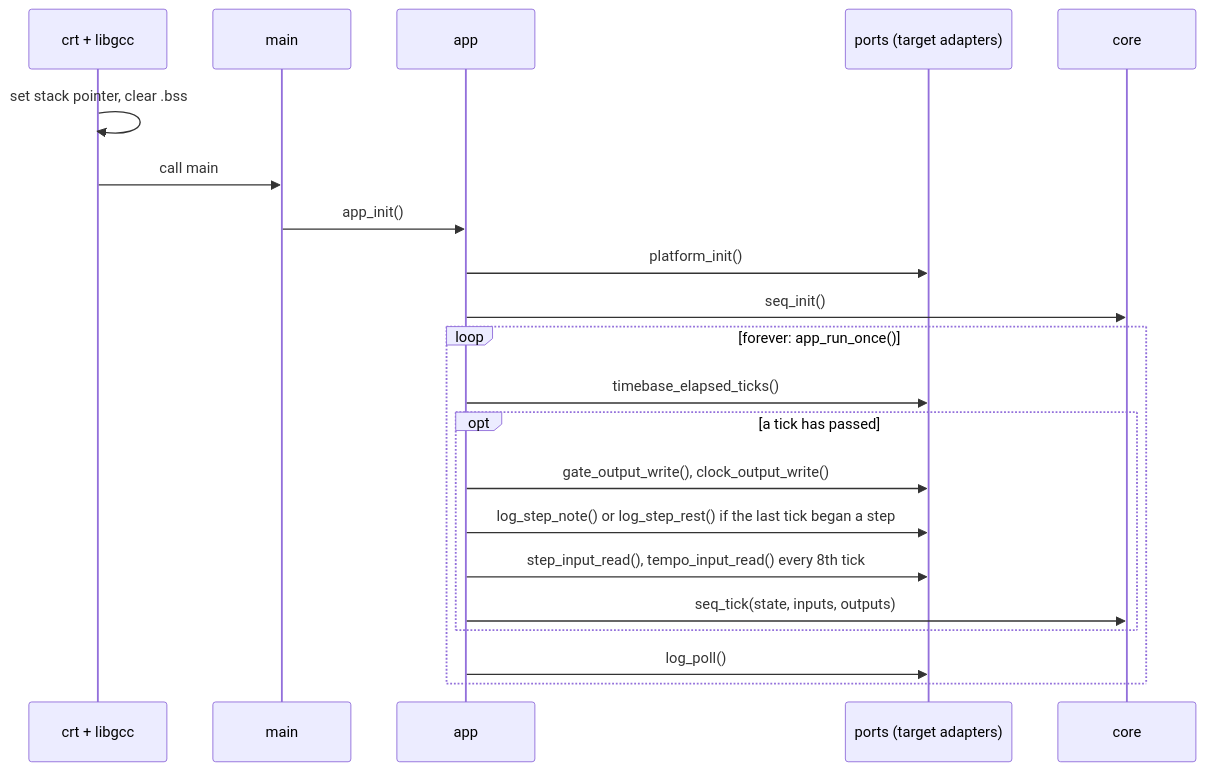
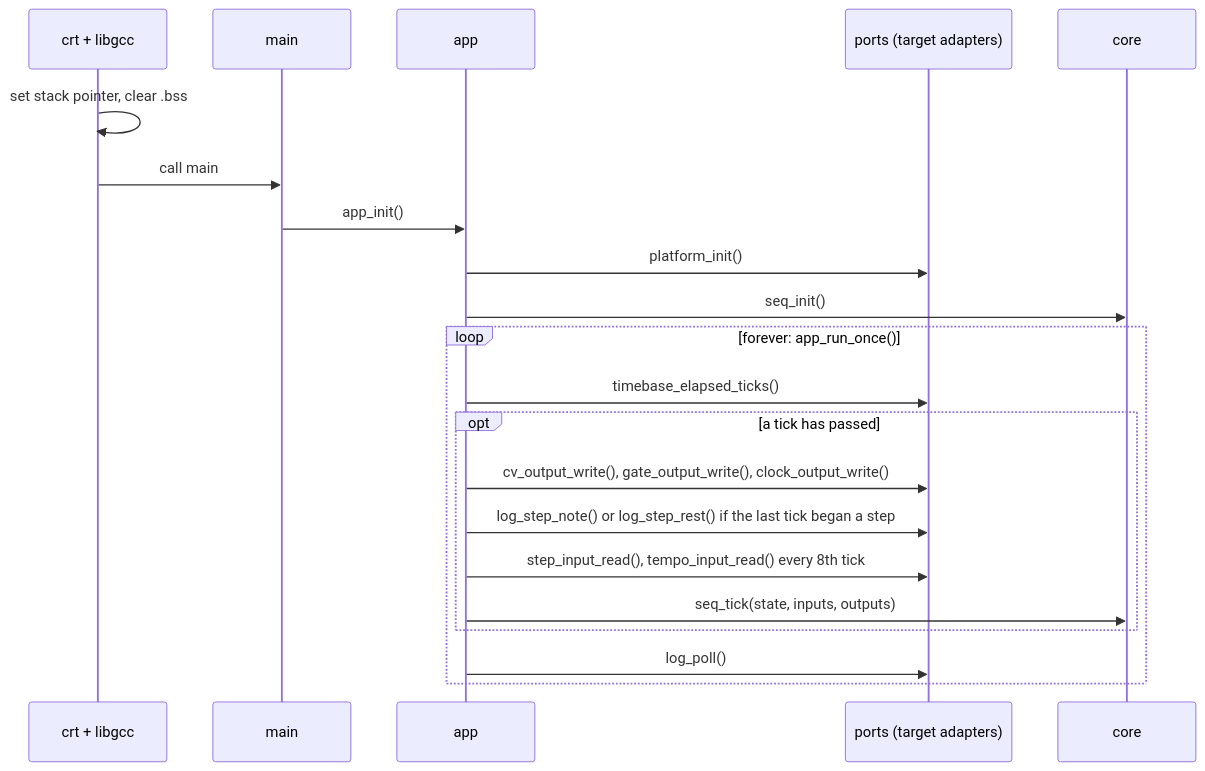
Before and after one commit to BonelessPig/nano_sequencer: the third of 21 diagrams in docs/ARCHITECTURE.md, drawn with Mermaid. The commit also changed other lines of this file and 34 other files, not shown here.

````diff
--- a/docs/ARCHITECTURE.md
+++ b/docs/ARCHITECTURE.md
@@ -129,23 +135,23 @@
 ```mermaid
 sequenceDiagram
     participant CRT as crt + libgcc
     participant M as main
     participant A as app
     participant P as ports (target adapters)
     participant C as core
     CRT->>CRT: set stack pointer, clear .bss
     CRT->>M: call main
     M->>A: app_init()
     A->>P: platform_init()
     A->>C: seq_init()
     loop forever: app_run_once()
         A->>P: timebase_elapsed_ticks()
         opt a tick has passed
-            A->>P: gate_output_write(), clock_output_write()
+            A->>P: cv_output_write(), gate_output_write(), clock_output_write()
             A->>P: log_step_note() or log_step_rest() if the last tick began a step
             A->>P: step_input_read(), tempo_input_read() every 8th tick
             A->>C: seq_tick(state, inputs, outputs)
         end
         A->>P: log_poll()
     end
 ```
````
